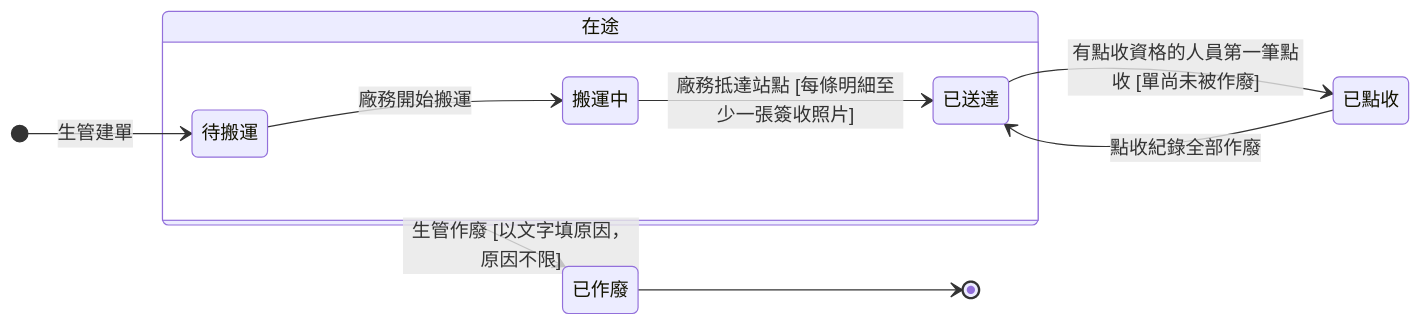
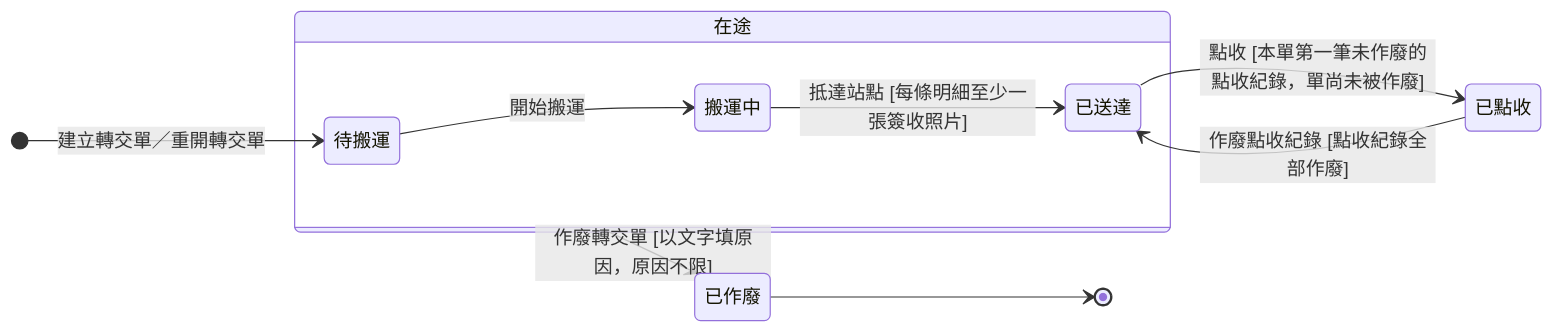
The diagram in memory/Sens_wiki/wiki/erp/06-state-machines/轉交單狀態.md (Kawato-Miles/erp-spec), drawn with Mermaid before and after one commit. The commit also changed other lines of this file and 35 other files, not shown here.

````diff
--- a/memory/Sens_wiki/wiki/erp/06-state-machines/轉交單狀態.md
+++ b/memory/Sens_wiki/wiki/erp/06-state-machines/轉交單狀態.md
@@ -48,24 +49,24 @@
 ```mermaid
 stateDiagram-v2
     direction LR
 
-    [*] --> s_pending : 生管建單
+    [*] --> s_pending : 建立轉交單／重開轉交單
 
     state "在途" as g_active {
         state "待搬運" as s_pending
         state "搬運中" as s_moving
         state "已送達" as s_arrived
 
-        s_pending --> s_moving : 廠務開始搬運
-        s_moving --> s_arrived : 廠務抵達站點 [每條明細至少一張簽收照片]
+        s_pending --> s_moving : 開始搬運
+        s_moving --> s_arrived : 抵達站點 [每條明細至少一張簽收照片]
     }
 
     state "已點收" as s_received
     state "已作廢" as s_void
 
-    s_arrived --> s_received : 有點收資格的人員第一筆點收 [單尚未被作廢]
-    s_received --> s_arrived : 點收紀錄全部作廢
-    g_active --> s_void : 生管作廢 [以文字填原因，原因不限]
+    s_arrived --> s_received : 點收 [本單第一筆未作廢的點收紀錄，單尚未被作廢]
+    s_received --> s_arrived : 作廢點收紀錄 [點收紀錄全部作廢]
+    g_active --> s_void : 作廢轉交單 [以文字填原因，原因不限]
 
     s_void --> [*]
 ```
````
